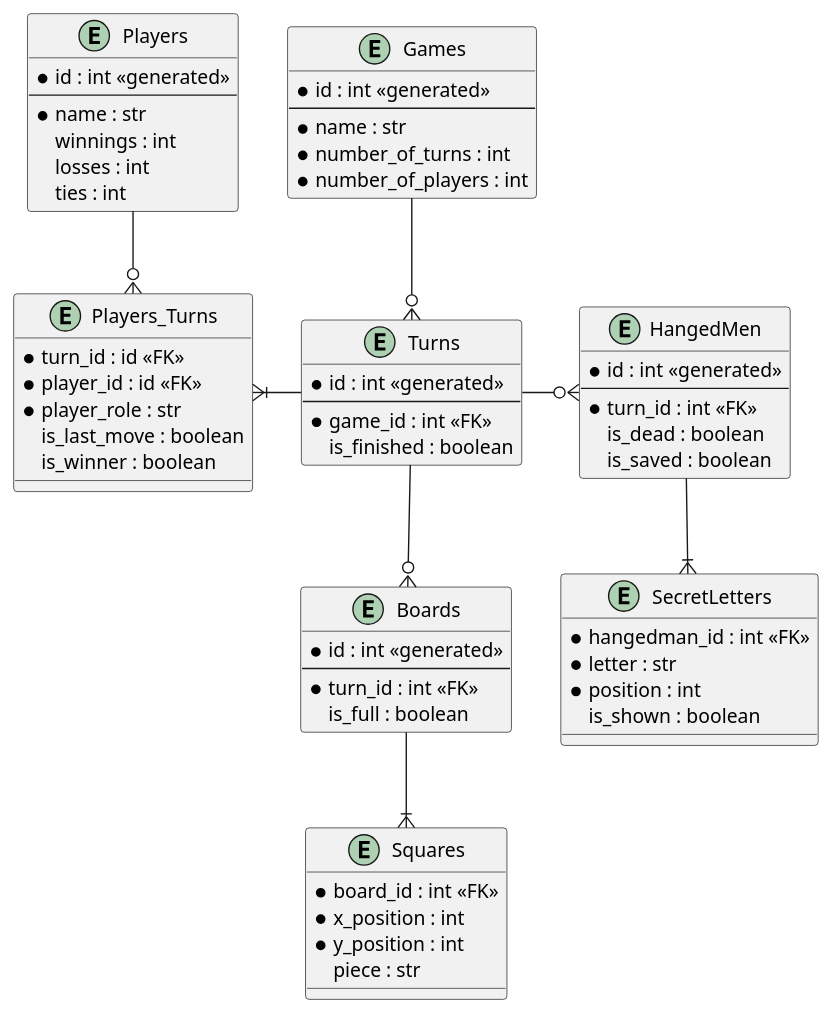
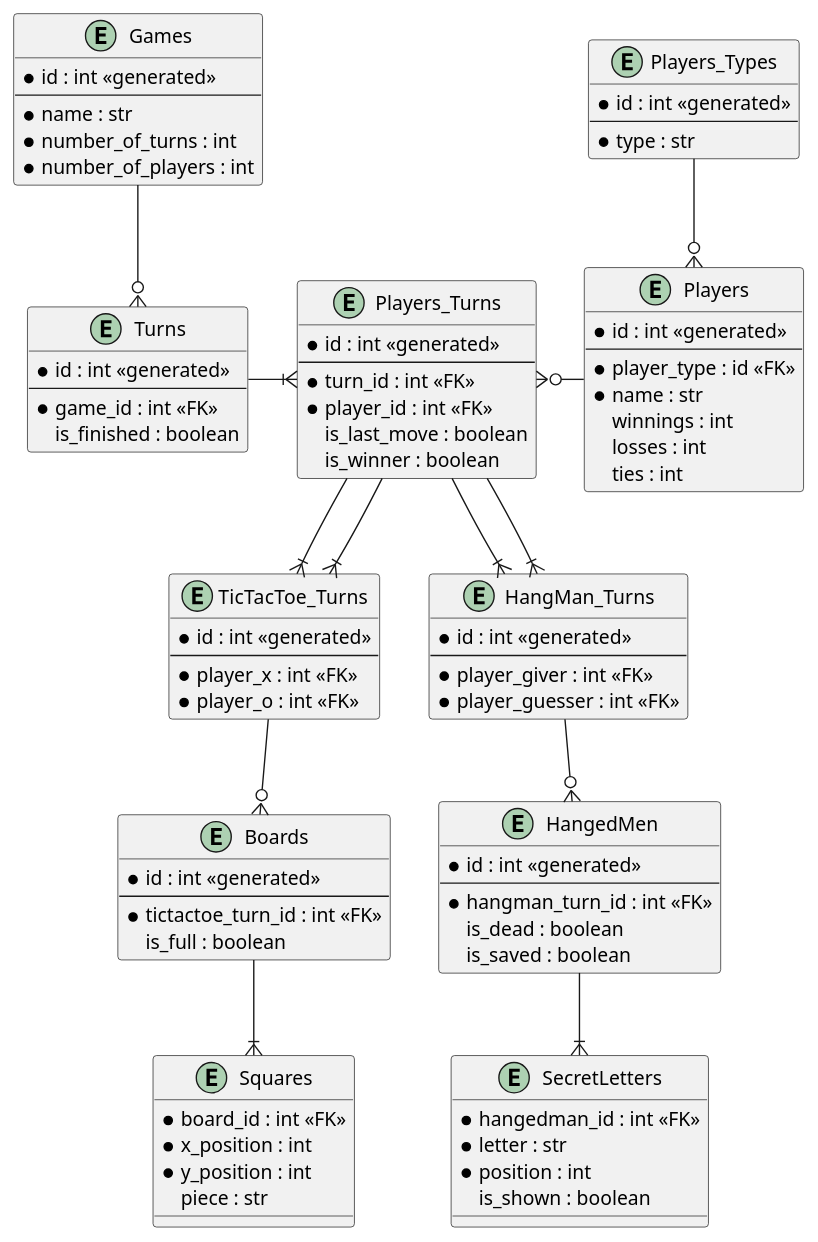
One commit to jesus-a-barrera/second-project changed the diagram in Diagrams/Logic.wsd. Above: the diagram before and after it, drawn with PlantUML. The commit also changed 2 other files, not shown here.

Commit message:
Created games specific entities diagrams

```diff
--- a/Diagrams/Logic.wsd
+++ b/Diagrams/Logic.wsd
@@ -1,68 +1,97 @@
 @startuml Logic Diagram
     Entity Players {
         * id : int <<generated>>
         --
+        * player_type : id <<FK>>
         * name : str
           winnings : int
           losses : int
           ties : int
+    }
+    Entity Players_Types {
+      * id : int <<generated>>
+      --
+      * type : str
     }
     Entity Games {
         * id : int <<generated>>
         --
         * name : str
         * number_of_turns : int
         * number_of_players : int
     }
     Entity Players_Turns {
-        * turn_id : id <<FK>>
-        * player_id : id <<FK>>
-        * player_role : str
+        * id : int <<generated>>
+        --
+        * turn_id : int <<FK>>
+        * player_id : int <<FK>>
           is_last_move : boolean
           is_winner : boolean
     }
     Entity Turns {
         * id : int <<generated>>
         --
         * game_id : int <<FK>>
           is_finished : boolean
     }
+    Entity TicTacToe_Turns {
+        * id : int <<generated>>
+        --
+        * player_x : int <<FK>>
+        * player_o : int <<FK>>
+    }
+    Entity HangMan_Turns {
+        * id : int <<generated>>
+        --
+        * player_giver : int <<FK>>
+        * player_guesser : int <<FK>>
+    }
     Entity Boards {
         * id : int <<generated>>
         --
-        * turn_id : int <<FK>>
+        * tictactoe_turn_id : int <<FK>>
           is_full : boolean
     }
     Entity Squares {
         * board_id : int <<FK>>
         * x_position : int
         * y_position : int
           piece : str 
     }
     Entity HangedMen {
         * id : int <<generated>>
         --
-        * turn_id : int <<FK>>
+        * hangman_turn_id : int <<FK>>
           is_dead : boolean
           is_saved : boolean
     }
     Entity SecretLetters {
         * hangedman_id : int <<FK>>
         * letter : str
         * position : int
           is_shown : boolean
     }
 
-    Players --o{ Players_Turns
+    Players_Types --o{ Players
+
+    Players -left-o{ Players_Turns
+
+    Games --o{ Turns
     
-    Games --o{ Turns
+    Turns -right-|{ Players_Turns
 
-    Turns --o{ Boards
-    Turns -right-o{ HangedMen
-    Turns -left-|{ Players_Turns
+    Players_Turns --|{ TicTacToe_Turns
+    Players_Turns --|{ TicTacToe_Turns
+
+    Players_Turns --|{ HangMan_Turns
+    Players_Turns --|{ HangMan_Turns
+
+    TicTacToe_Turns --o{ Boards
 
     Boards --|{ Squares
+
+    HangMan_Turns --o{ HangedMen
 
     HangedMen --|{ SecretLetters
 
 @enduml
```
